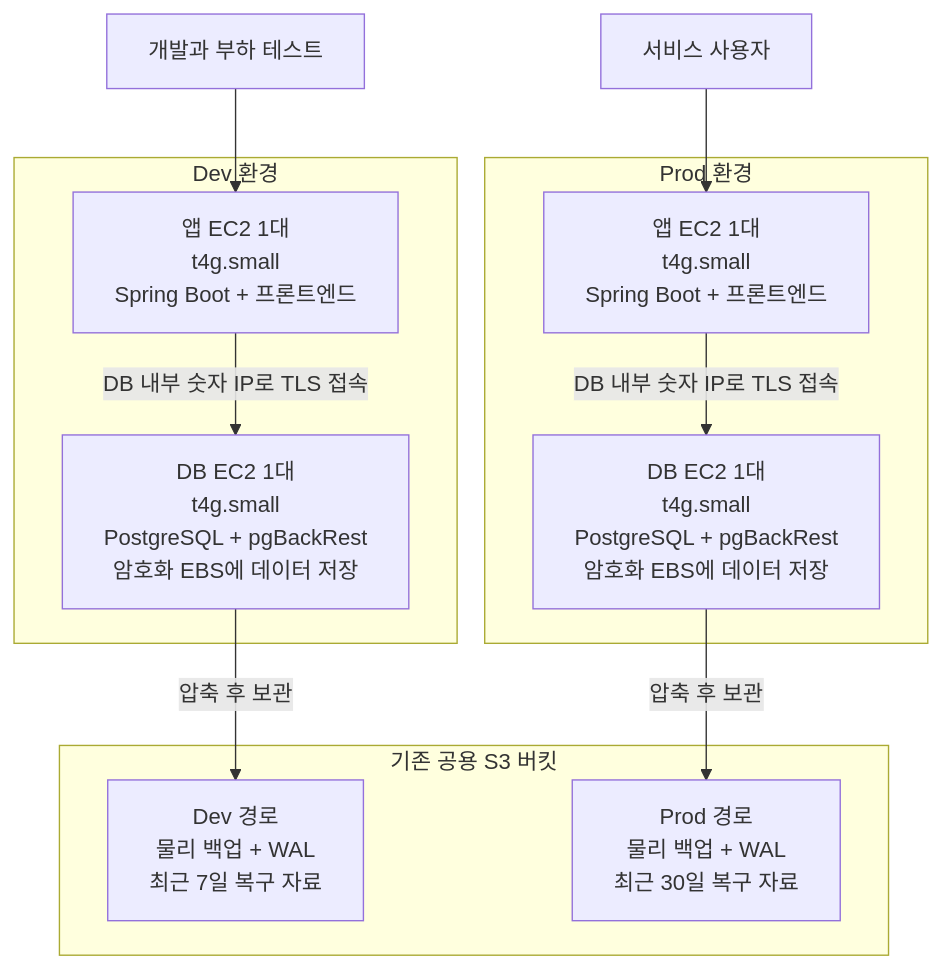
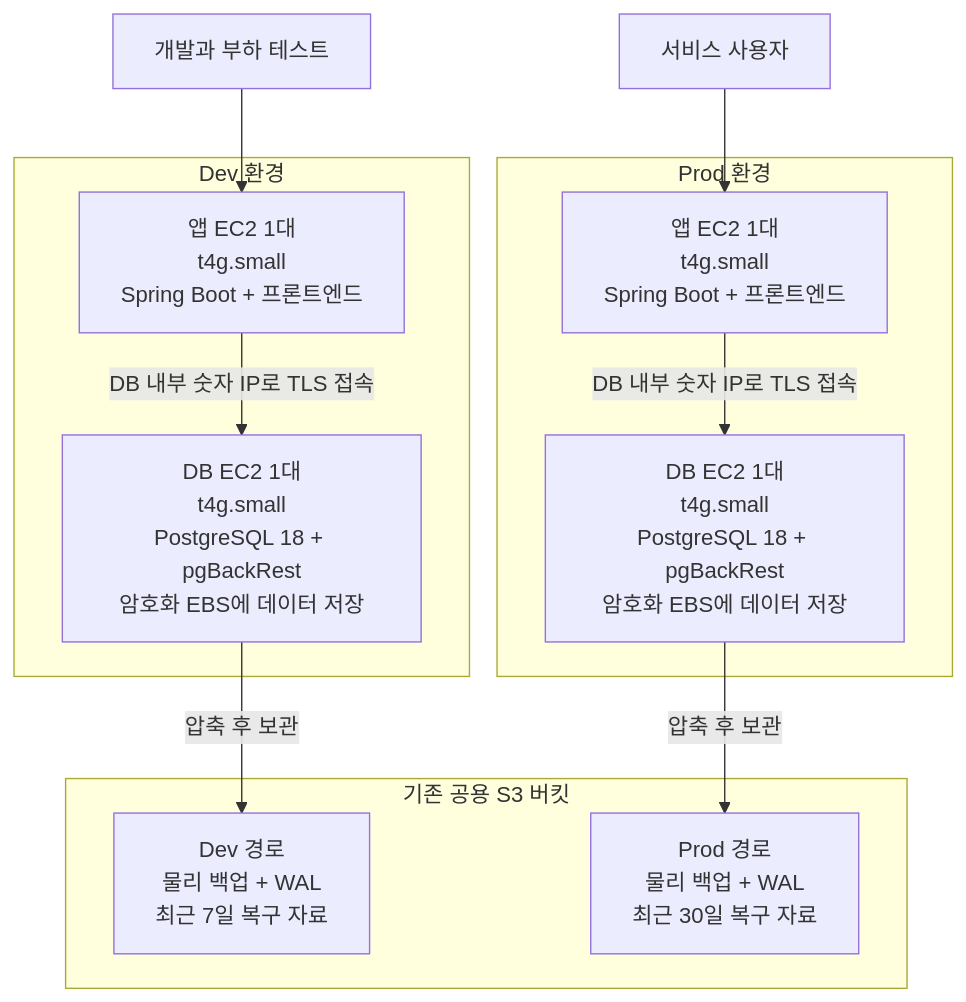
Before and after one commit to woowacourse-teams/2026-Harudle: the first of 9 diagrams in backend/docs/adr/infra-v2-architecture/설계 개요.md, drawn with Mermaid. The commit also changed other lines of this file and 2 other files, not shown here.

Commit message:
docs(INFRA): PostgreSQL 18 기준으로 설계 문서 정리

````diff
--- a/backend/docs/adr/infra-v2-architecture/설계 개요.md
+++ b/backend/docs/adr/infra-v2-architecture/설계 개요.md
@@ -14,27 +14,27 @@
 ```mermaid
 flowchart TB
     devUser["개발과 부하 테스트"]
     prodUser["서비스 사용자"]
 
     subgraph dev["Dev 환경"]
         devApp["앱 EC2 1대<br/>t4g.small<br/>Spring Boot + 프론트엔드"]
-        devDb["DB EC2 1대<br/>t4g.small<br/>PostgreSQL + pgBackRest<br/>암호화 EBS에 데이터 저장"]
+        devDb["DB EC2 1대<br/>t4g.small<br/>PostgreSQL 18 + pgBackRest<br/>암호화 EBS에 데이터 저장"]
         devApp -->|"DB 내부 숫자 IP로 TLS 접속"| devDb
     end
 
     subgraph prod["Prod 환경"]
         prodApp["앱 EC2 1대<br/>t4g.small<br/>Spring Boot + 프론트엔드"]
-        prodDb["DB EC2 1대<br/>t4g.small<br/>PostgreSQL + pgBackRest<br/>암호화 EBS에 데이터 저장"]
+        prodDb["DB EC2 1대<br/>t4g.small<br/>PostgreSQL 18 + pgBackRest<br/>암호화 EBS에 데이터 저장"]
         prodApp -->|"DB 내부 숫자 IP로 TLS 접속"| prodDb
     end
 
     subgraph s3["기존 공용 S3 버킷"]
         devBackup["Dev 경로<br/>물리 백업 + WAL<br/>최근 7일 복구 자료"]
         prodBackup["Prod 경로<br/>물리 백업 + WAL<br/>최근 30일 복구 자료"]
     end
 
     devUser --> devApp
     prodUser --> prodApp
     devDb -->|"압축 후 보관"| devBackup
     prodDb -->|"압축 후 보관"| prodBackup
 ```
````
